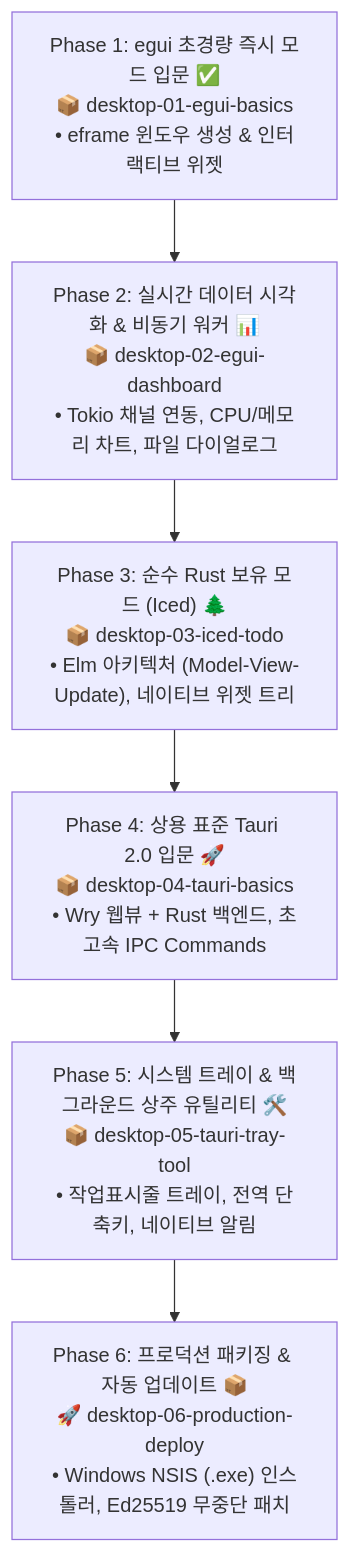
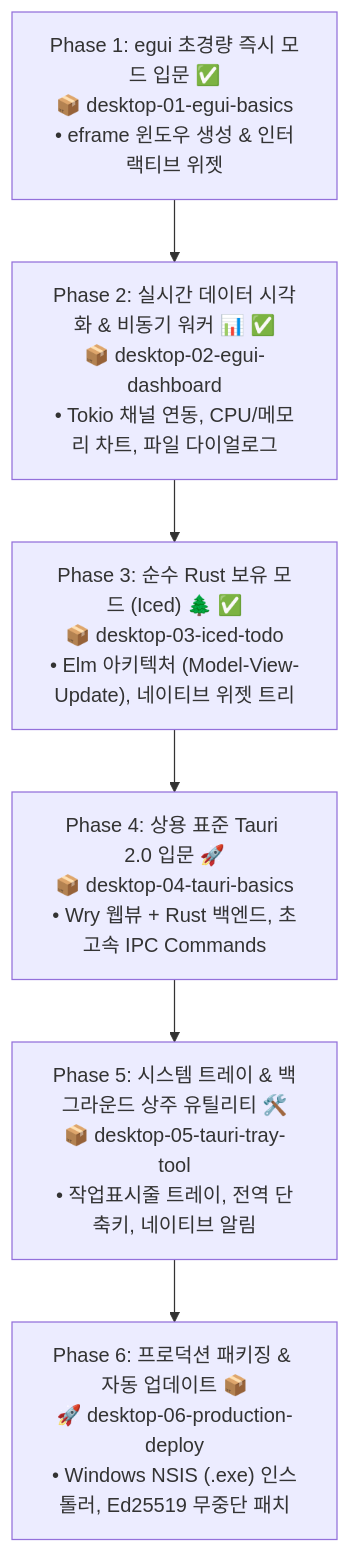
One commit to space-cap/rust-sandbox changed the diagram in docs/desktop/desktop_learning_plan.md. Above: the diagram before and after it, drawn with Mermaid. The commit also changed other lines of this file and 22 other files, not shown here.

Commit message:
기능구현: Desktop Phase 2(egui 대시보드) & Phase 3(Iced Todo) 완성 및 한글 폰트 지원

````diff
--- a/docs/desktop/desktop_learning_plan.md
+++ b/docs/desktop/desktop_learning_plan.md
@@ -21,12 +21,12 @@
 ```mermaid
 flowchart TD
-    D1["Phase 1: egui 초경량 즉시 모드 입문 ✅<br/>📦 desktop-01-egui-basics<br/>• eframe 윈도우 생성 & 인터랙티브 위젯"] --> D2["Phase 2: 실시간 데이터 시각화 & 비동기 워커 📊<br/>📦 desktop-02-egui-dashboard<br/>• Tokio 채널 연동, CPU/메모리 차트, 파일 다이얼로그"]
+    D1["Phase 1: egui 초경량 즉시 모드 입문 ✅<br/>📦 desktop-01-egui-basics<br/>• eframe 윈도우 생성 & 인터랙티브 위젯"] --> D2["Phase 2: 실시간 데이터 시각화 & 비동기 워커 📊 ✅<br/>📦 desktop-02-egui-dashboard<br/>• Tokio 채널 연동, CPU/메모리 차트, 파일 다이얼로그"]
     
-    D2 --> D3["Phase 3: 순수 Rust 보유 모드 (Iced) 🌲<br/>📦 desktop-03-iced-todo<br/>• Elm 아키텍처 (Model-View-Update), 네이티브 위젯 트리"]
+    D2 --> D3["Phase 3: 순수 Rust 보유 모드 (Iced) 🌲 ✅<br/>📦 desktop-03-iced-todo<br/>• Elm 아키텍처 (Model-View-Update), 네이티브 위젯 트리"]
     
     D3 --> D4["Phase 4: 상용 표준 Tauri 2.0 입문 🚀<br/>📦 desktop-04-tauri-basics<br/>• Wry 웹뷰 + Rust 백엔드, 초고속 IPC Commands"]
     
     D4 --> D5["Phase 5: 시스템 트레이 & 백그라운드 상주 유틸리티 🛠️<br/>📦 desktop-05-tauri-tray-tool<br/>• 작업표시줄 트레이, 전역 단축키, 네이티브 알림"]
     
     D5 --> D6["Phase 6: 프로덕션 패키징 & 자동 업데이트 📦<br/>🚀 desktop-06-production-deploy<br/>• Windows NSIS (.exe) 인스톨러, Ed25519 무중단 패치"]
 ```
````
